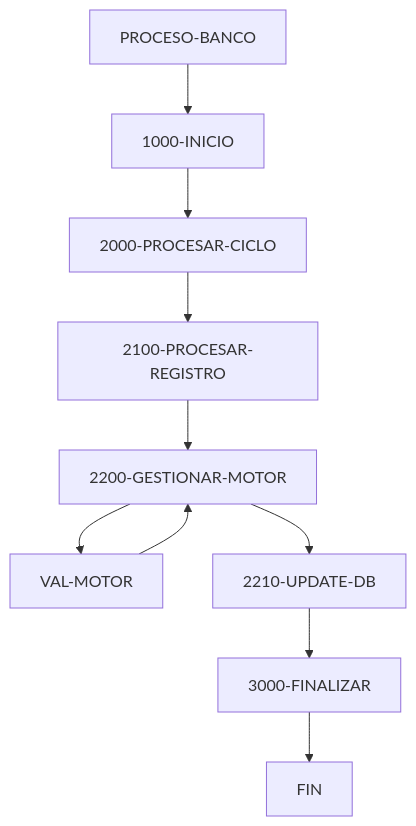
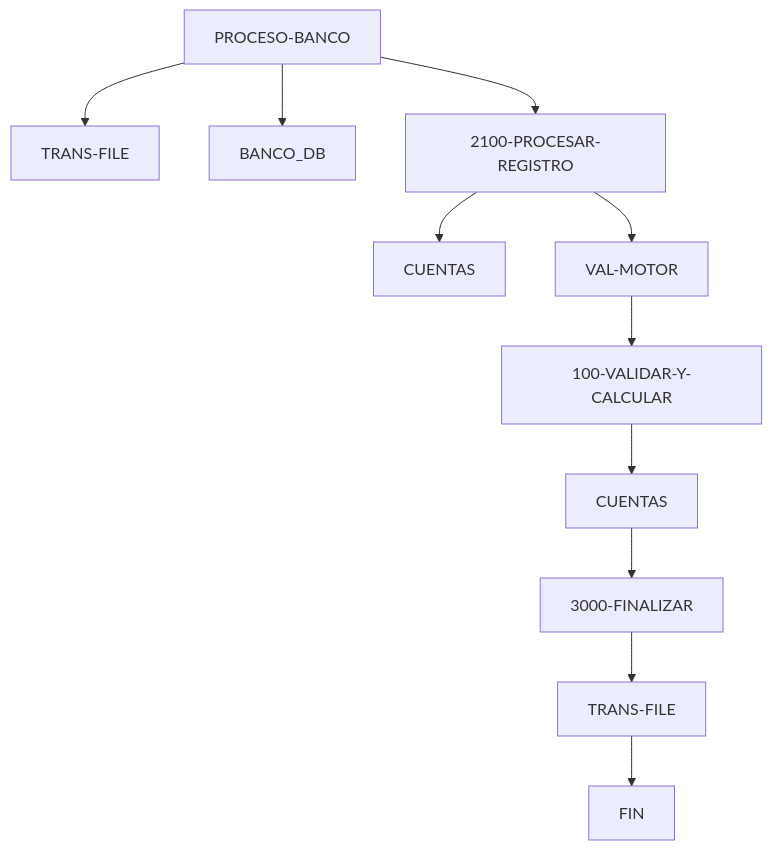
Before and after one commit to hexaforce66/codigosCobol: the diagram in sistema_consolidado/README.md, drawn with Mermaid. The commit also changed other lines of this file, not shown here.

````diff
--- a/sistema_consolidado/README.md
+++ b/sistema_consolidado/README.md
@@ -76,12 +67,13 @@
 ```mermaid
 graph TD
-A[PROCESO-BANCO] --> B[1000-INICIO]
-    B --> C[2000-PROCESAR-CICLO]
-    C --> D[2100-PROCESAR-REGISTRO]
-    D --> E[2200-GESTIONAR-MOTOR]
-    E --> F[VAL-MOTOR]
-    F --> E
-    E --> G[2210-UPDATE-DB]
-    G --> H[3000-FINALIZAR]
-    H --> I[FIN]
+A[PROCESO-BANCO] --> B[TRANS-FILE]
+    A --> C[BANCO_DB]
+    A --> D[2100-PROCESAR-REGISTRO]
+    D --> E[CUENTAS]
+    D --> F[VAL-MOTOR]
+    F --> G[100-VALIDAR-Y-CALCULAR]
+    G --> H[CUENTAS]
+    H --> I[3000-FINALIZAR]
+    I --> J[TRANS-FILE]
+    J --> K[FIN]
 ```
````
